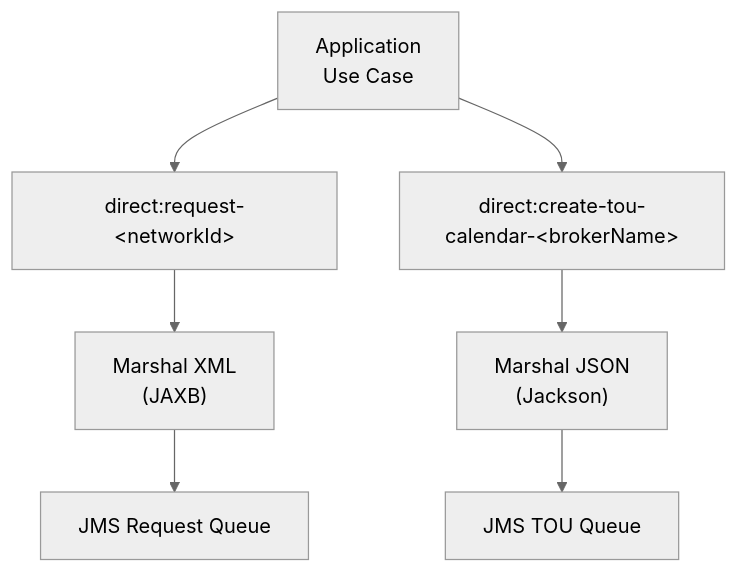
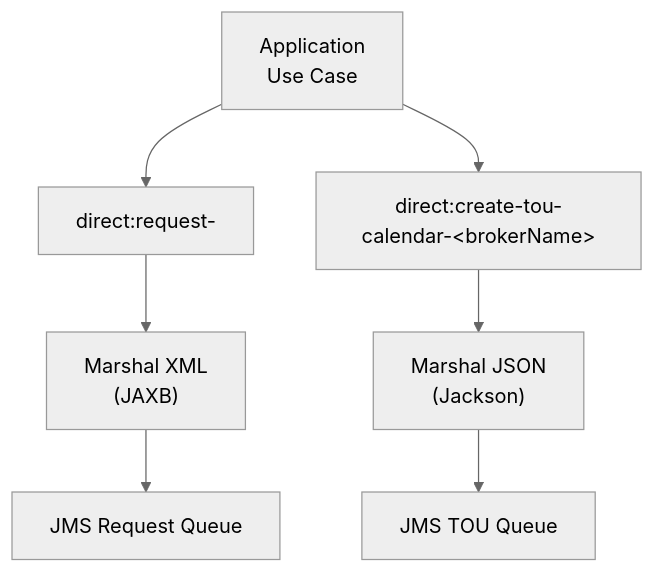
The first of 7 diagrams in enterprise-integration/app/basics/iec_connector_camel_routes/README.md (sbhrwl/microservices), drawn with Mermaid (neutral theme) before and after one commit.

Commit message:
Fix HTML encoding in README.md flowchart

````diff
--- a/enterprise-integration/app/basics/iec_connector_camel_routes/README.md
+++ b/enterprise-integration/app/basics/iec_connector_camel_routes/README.md
@@ -51,22 +51,22 @@
 ```mermaid
 flowchart TB
 
     App["Application<br/>Use Case"]
 
-    Direct1["direct:request-&lt;networkId&gt;"]
+    Direct1["direct:request-<networkId>"]
     Xml["Marshal XML<br/>(JAXB)"]
     Queue1["JMS Request Queue"]
 
     Direct2["direct:create-tou-calendar-&lt;brokerName&gt;"]
     Json["Marshal JSON<br/>(Jackson)"]
     Queue2["JMS TOU Queue"]
 
     App --> Direct1
     App --> Direct2
 
     Direct1 --> Xml
     Xml --> Queue1
 
     Direct2 --> Json
     Json --> Queue2
 ```
````
